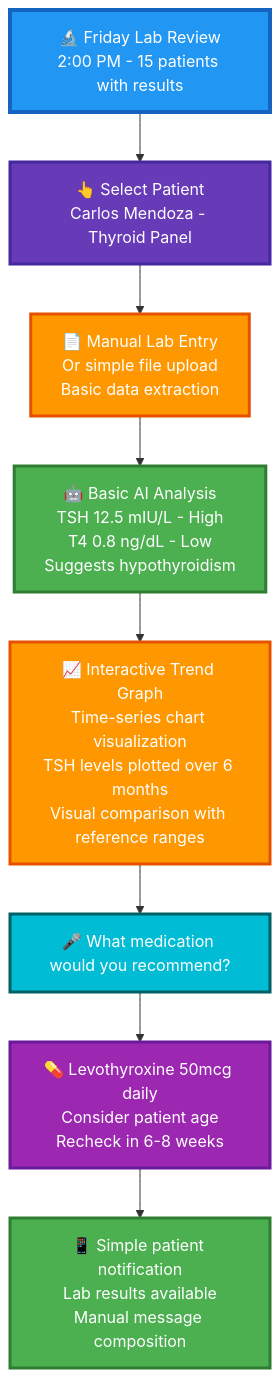
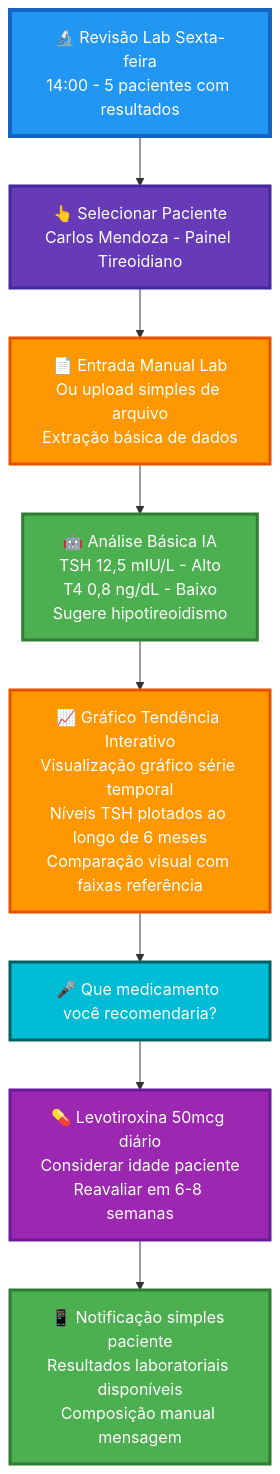
The third of 5 diagrams in README.md (brunovlucena/prontuario), drawn with Mermaid before and after one commit. The commit also changed other lines of this file and 1 other file, not shown here.

````diff
--- a/README.md
+++ b/README.md
@@ -156,40 +191,34 @@
 ```mermaid
 flowchart TD
-    LabSession[🔬 Friday Lab Review<br/>2:00 PM - 15 patients with results]
+    LabSession["🔬 Revisão Lab Sexta-feira<br/>14:00 - 5 pacientes com resultados"]
 
-    %% Patient Selection and Analysis
-    PatientSelect[👆 Select Patient<br/>Carlos Mendoza - Thyroid Panel]
+    PatientSelect["👆 Selecionar Paciente<br/>Carlos Mendoza - Painel Tireoidiano"]
 
-    %% Basic Lab Processing
-    LabEntry[📄 Manual Lab Entry<br/>Or simple file upload<br/>Basic data extraction]
-    SimpleAnalysis[🤖 Basic AI Analysis<br/>TSH 12.5 mIU/L - High<br/>T4 0.8 ng/dL - Low<br/>Suggests hypothyroidism]
+    LabEntry["📄 Entrada Manual Lab<br/>Ou upload simples de arquivo<br/>Extração básica de dados"]
+    SimpleAnalysis["🤖 Análise Básica IA<br/>TSH 12,5 mIU/L - Alto<br/>T4 0,8 ng/dL - Baixo<br/>Sugere hipotireoidismo"]
 
-    BasicTrend[📈 Interactive Trend Graph<br/>Time-series chart visualization<br/>TSH levels plotted over 6 months<br/>Visual comparison with reference ranges]
+    BasicTrend["📈 Gráfico Tendência Interativo<br/>Visualização gráfico série temporal<br/>Níveis TSH plotados ao longo de 6 meses<br/>Comparação visual com faixas referência"]
 
-    %% Basic Clinical Support
-    DoctorQuery[🎤 What medication would you recommend?]
-    BasicRecommendation[💊 Levothyroxine 50mcg daily<br/>Consider patient age<br/>Recheck in 6-8 weeks]
+    DoctorQuery["🎤 Que medicamento você recomendaria?"]
+    BasicRecommendation["💊 Levotiroxina 50mcg diário<br/>Considerar idade paciente<br/>Reavaliar em 6-8 semanas"]
 
-    %% Simple Patient Communication
-    BasicNotification[📱 Simple patient notification<br/>Lab results available<br/>Manual message composition]
+    BasicNotification["📱 Notificação simples paciente<br/>Resultados laboratoriais disponíveis<br/>Composição manual mensagem"]
 
-    %% Flow connections
     LabSession --> PatientSelect
     PatientSelect --> LabEntry
     LabEntry --> SimpleAnalysis
     SimpleAnalysis --> BasicTrend
 
     BasicTrend --> DoctorQuery
     DoctorQuery --> BasicRecommendation
     BasicRecommendation --> BasicNotification
 
-    %% Styling
     style LabSession fill:#2196F3,stroke:#1565C0,stroke-width:4px,color:#fff
     style PatientSelect fill:#673AB7,stroke:#4527A0,stroke-width:3px,color:#fff
     style LabEntry fill:#FF9800,stroke:#E65100,stroke-width:3px,color:#fff
     style SimpleAnalysis fill:#4CAF50,stroke:#2E7D32,stroke-width:3px,color:#fff
     style BasicTrend fill:#FF9800,stroke:#E65100,stroke-width:3px,color:#fff
     style DoctorQuery fill:#00BCD4,stroke:#006064,stroke-width:3px,color:#fff
     style BasicRecommendation fill:#9C27B0,stroke:#6A1B9A,stroke-width:3px,color:#fff
     style BasicNotification fill:#4CAF50,stroke:#2E7D32,stroke-width:3px,color:#fff
 ```
````
